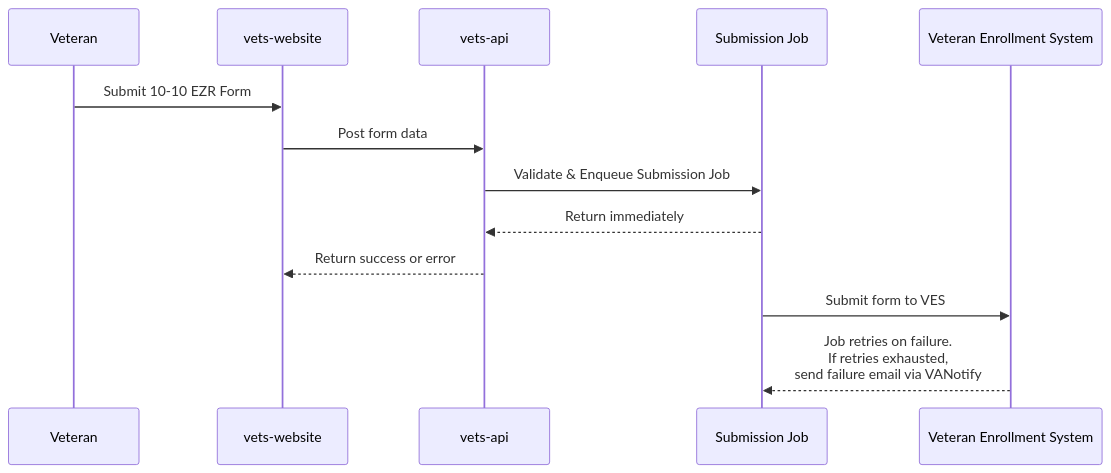
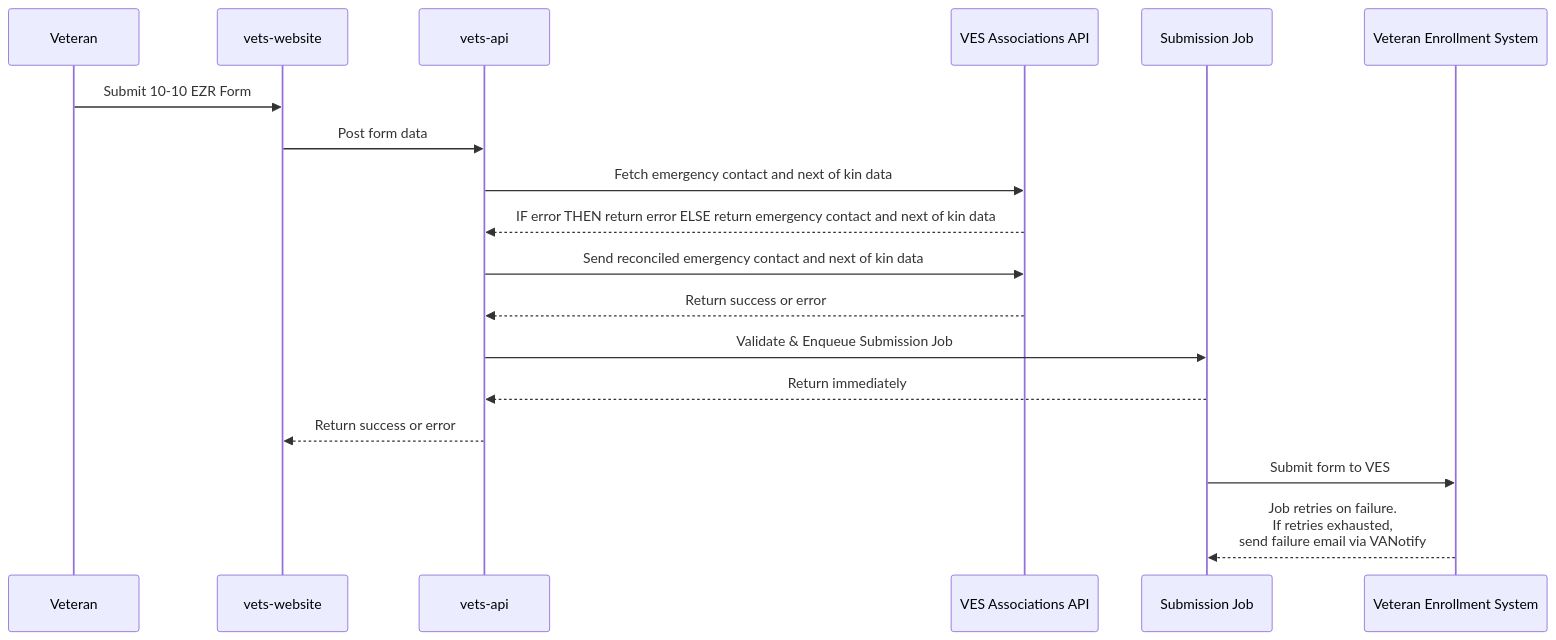
Before and after one commit to department-of-veterans-affairs/va.gov-team: the second of 2 diagrams in products/health-care/application/health-update-form/Engineering/Architecture Diagram.md, drawn with Mermaid.

Commit message:
Update Architecture Diagram.md

````diff
--- a/products/health-care/application/health-update-form/Engineering/Architecture Diagram.md
+++ b/products/health-care/application/health-update-form/Engineering/Architecture Diagram.md
@@ -23,17 +23,22 @@
 ```mermaid
 sequenceDiagram
     participant Veteran
     participant Frontend as vets-website
     participant Backend as vets-api
+    participant Associations as VES Associations API
     participant Job as Submission Job
     participant VES as Veteran Enrollment System
 
     Veteran->>Frontend: Submit 10-10 EZR Form
     Frontend->>Backend: Post form data
+    Backend->>Associations: Fetch emergency contact and next of kin data
+    Associations-->>Backend: IF error THEN return error ELSE return emergency contact and next of kin data
+    Backend->>Associations: Send reconciled emergency contact and next of kin data
+    Associations-->>Backend: Return success or error
     Backend->>Job: Validate & Enqueue Submission Job
     Job-->>Backend: Return immediately
     Backend-->>Frontend: Return success or error
 
     Job->>VES: Submit form to VES
     VES-->>Job: Job retries on failure.<br/>If retries exhausted,<br/>send failure email via VANotify
 ```
````
